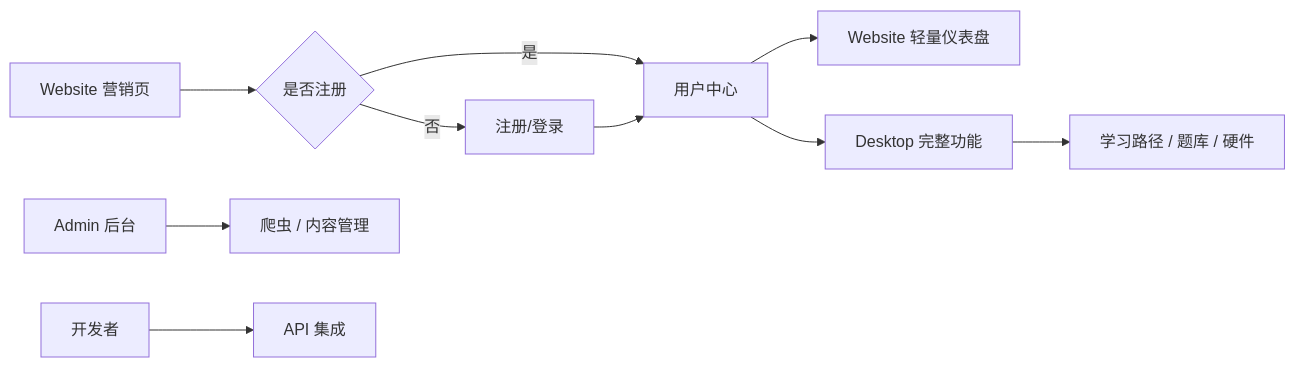
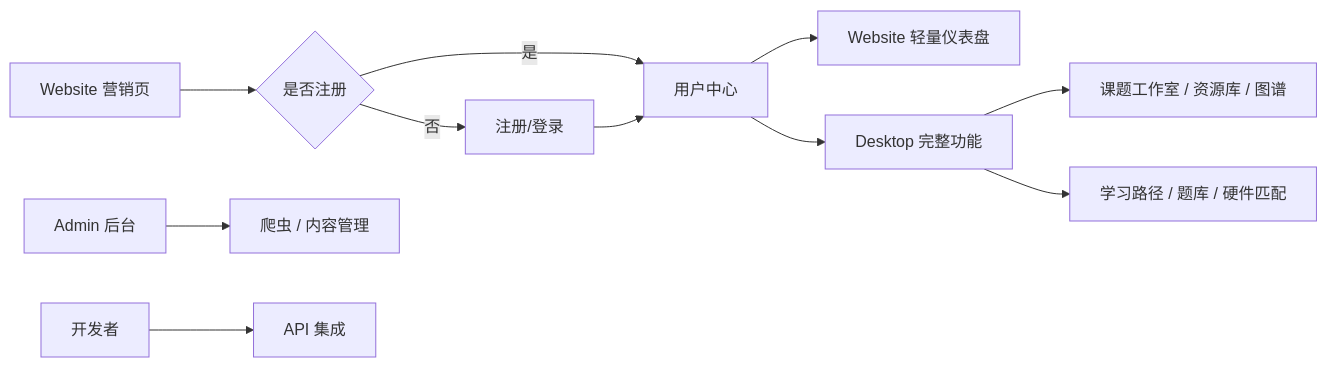
Before and after one commit to MatuX-ai/OpenMtSciED: the diagram in docs/requirements/02-users-and-scenarios.md, drawn with Mermaid. The commit also changed other lines of this file and 286 other files, not shown here.

````diff
--- a/docs/requirements/02-users-and-scenarios.md
+++ b/docs/requirements/02-users-and-scenarios.md
@@ -128,12 +147,13 @@
 ```mermaid
 flowchart LR
     A[Website 营销页] --> B{是否注册}
     B -->|否| C[注册/登录]
     B -->|是| D[用户中心]
     C --> D
     D --> E[Website 轻量仪表盘]
     D --> F[Desktop 完整功能]
-    F --> G[学习路径 / 题库 / 硬件]
+    F --> G[课题工作室 / 资源库 / 图谱]
+    F --> H2[学习路径 / 题库 / 硬件匹配]
     H[Admin 后台] --> I[爬虫 / 内容管理]
     J[开发者] --> K[API 集成]
 ```
````
